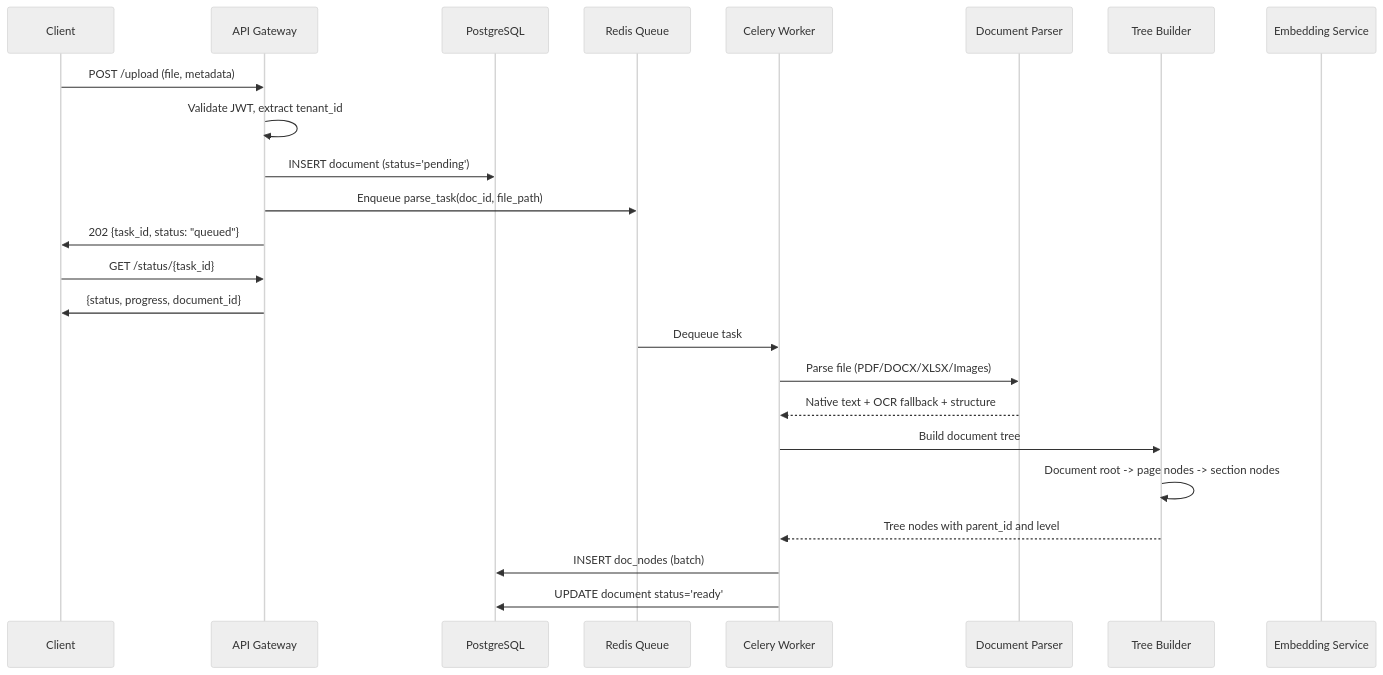
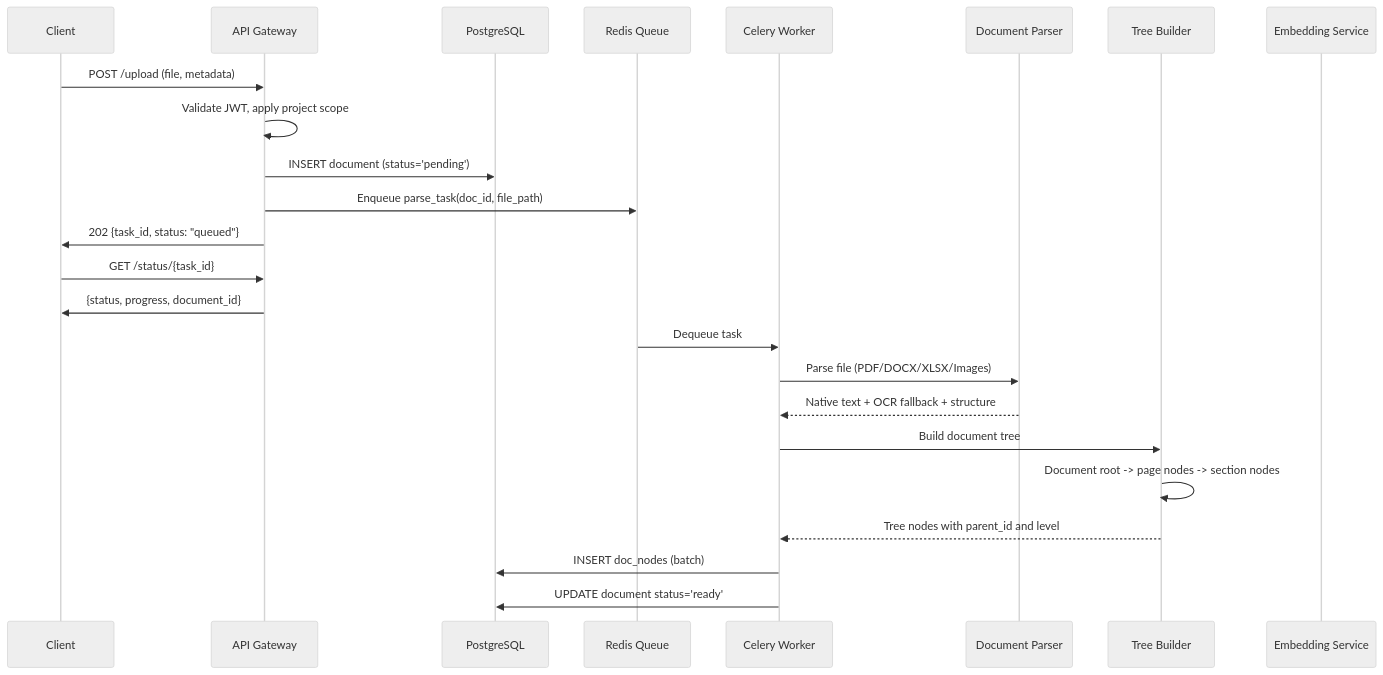
Before and after one commit to qtuanph/chatbot-rag: the first of 4 diagrams in docs/03_CORE_WORKFLOWS.md, drawn with Mermaid (neutral theme). The commit also changed other lines of this file and 22 other files, not shown here.

First line of the commit message:
Refactor project to support role-based authentication and project-only schema

````diff
--- a/docs/03_CORE_WORKFLOWS.md
+++ b/docs/03_CORE_WORKFLOWS.md
@@ -7,30 +7,30 @@
 ```mermaid
 sequenceDiagram
     participant C as Client
     participant API as API Gateway
     participant DB as PostgreSQL
     participant Redis as Redis Queue
     participant Worker as Celery Worker
     participant Parser as Document Parser
     participant Tree as Tree Builder
     participant Embed as Embedding Service
 
     C->>API: POST /upload (file, metadata)
-    API->>API: Validate JWT, extract tenant_id
+    API->>API: Validate JWT, apply project scope
     API->>DB: INSERT document (status='pending')
     API->>Redis: Enqueue parse_task(doc_id, file_path)
     API->>C: 202 {task_id, status: "queued"}
     C->>API: GET /status/{task_id}
     API->>C: {status, progress, document_id}
 
     Redis->>Worker: Dequeue task
     Worker->>Parser: Parse file (PDF/DOCX/XLSX/Images)
     Parser-->>Worker: Native text + OCR fallback + structure
 
     Worker->>Tree: Build document tree
     Tree->>Tree: Document root -> page nodes -> section nodes
     Tree-->>Worker: Tree nodes with parent_id and level
 
     Worker->>DB: INSERT doc_nodes (batch)
     Worker->>DB: UPDATE document status='ready'
 ```
````
